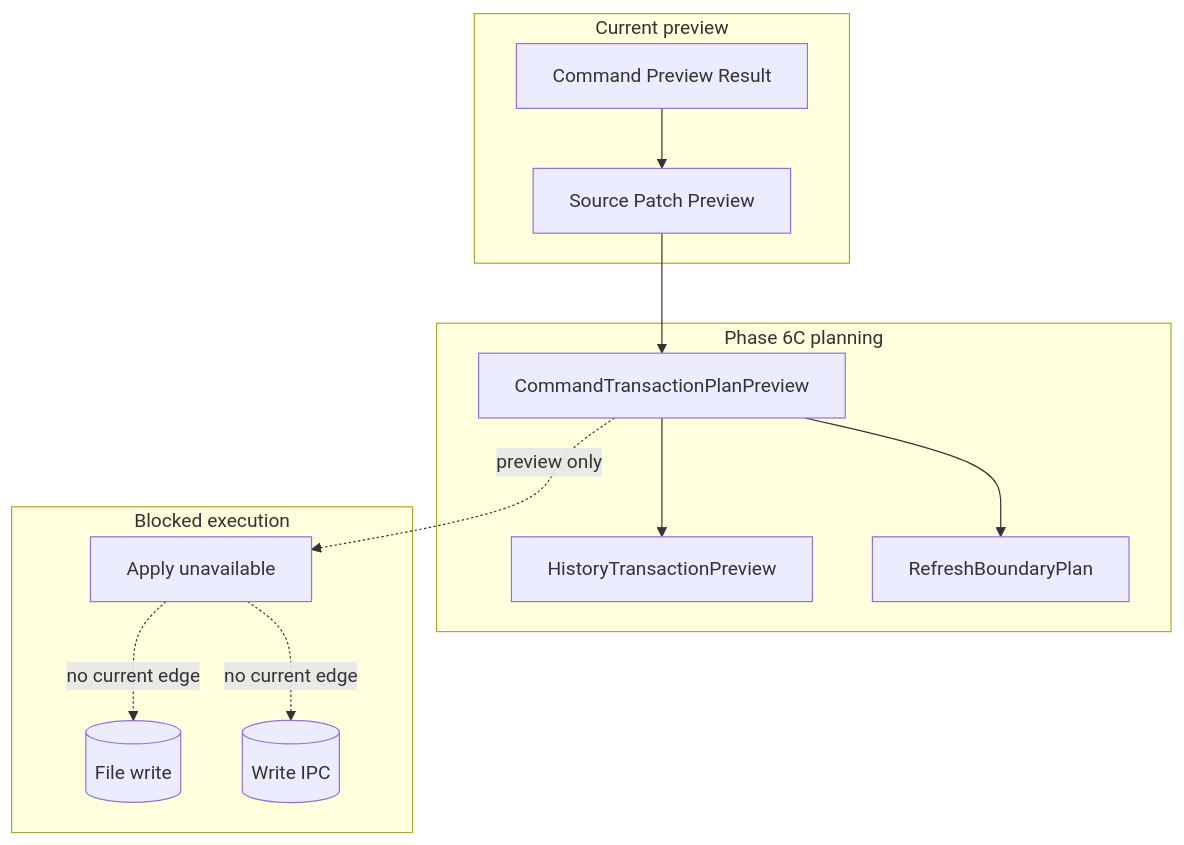
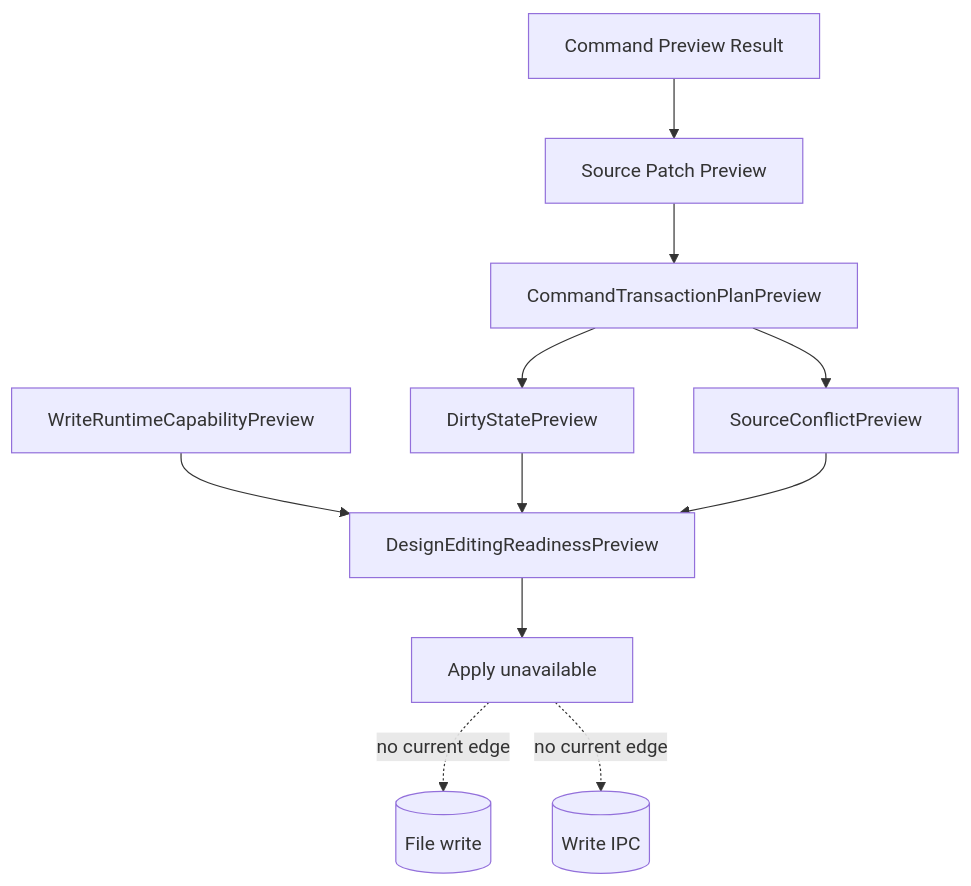
Before and after one commit to krestosa/Crystal: the diagram in docs/architecture/commands/future-command-execution.md, drawn with Mermaid. The commit also changed other lines of this file and 4 other files, not shown here.

Commit message:
Document design editing preflight

````diff
--- a/docs/architecture/commands/future-command-execution.md
+++ b/docs/architecture/commands/future-command-execution.md
@@ -74,26 +59,13 @@
 ```mermaid
 flowchart TD
-  subgraph Preview[Current preview]
-    Command[Command Preview Result]
-    Patch[Source Patch Preview]
-  end
-
-  subgraph Planning[Phase 6C planning]
-    Plan[CommandTransactionPlanPreview]
-    History[HistoryTransactionPreview]
-    Refresh[RefreshBoundaryPlan]
-  end
-
-  subgraph Blocked[Blocked execution]
-    Apply[Apply unavailable]
-    Write[(File write)]
-    Ipc[(Write IPC)]
-  end
-
-  Command --> Patch --> Plan
-  Plan --> History
-  Plan --> Refresh
-  Plan -. preview only .-> Apply
-  Apply -. no current edge .-> Write
-  Apply -. no current edge .-> Ipc
+  Command[Command Preview Result] --> Patch[Source Patch Preview]
+  Patch --> Plan[CommandTransactionPlanPreview]
+  Plan --> Dirty[DirtyStatePreview]
+  Plan --> Conflict[SourceConflictPreview]
+  Runtime[WriteRuntimeCapabilityPreview] --> Readiness[DesignEditingReadinessPreview]
+  Dirty --> Readiness
+  Conflict --> Readiness
+  Readiness --> Apply[Apply unavailable]
+  Apply -. no current edge .-> Write[(File write)]
+  Apply -. no current edge .-> Ipc[(Write IPC)]
 ```
````
